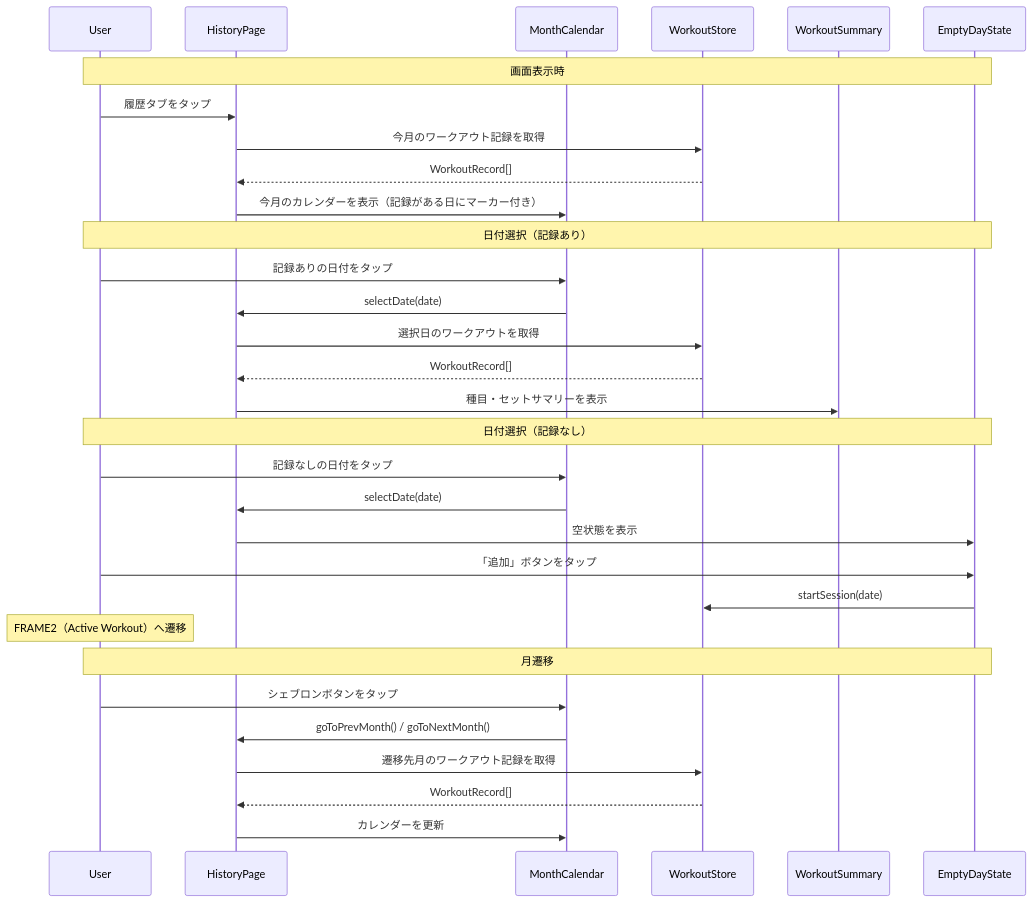
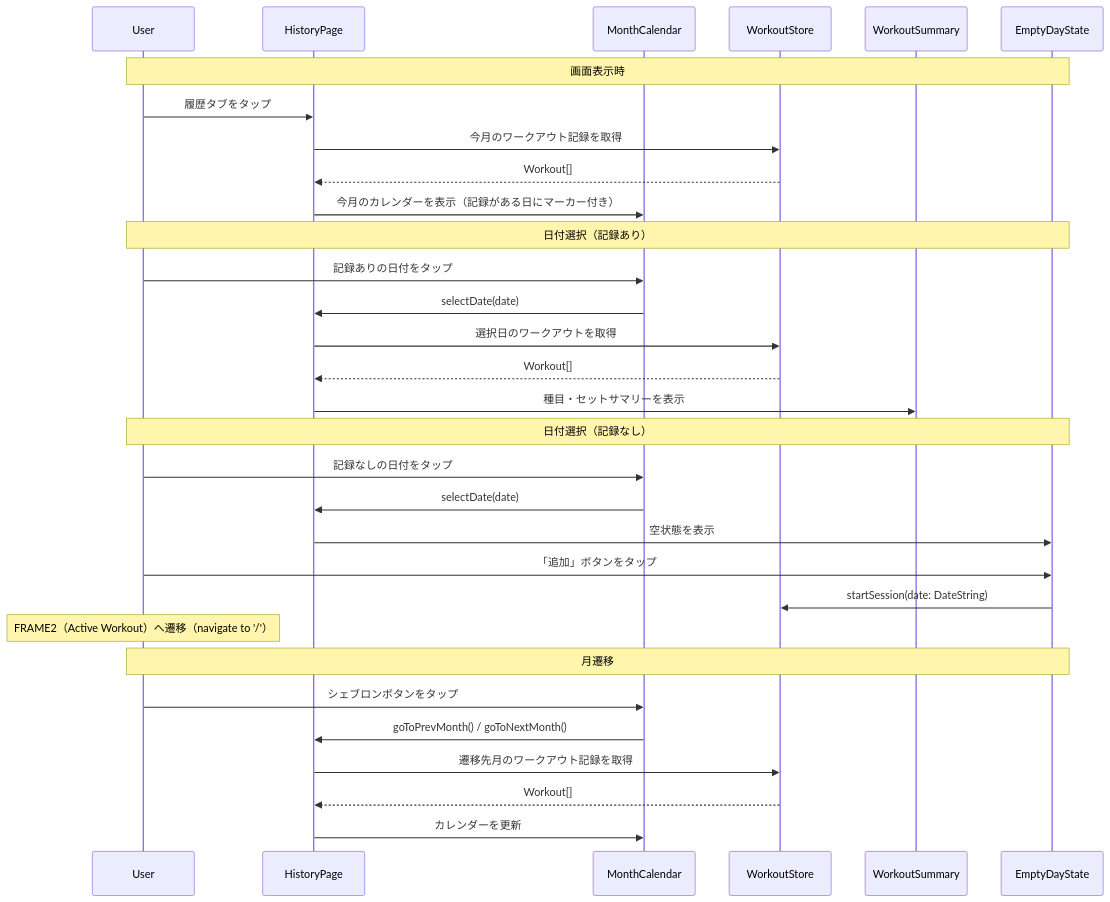
One commit to SakumaTakuya/gymini changed the diagram in .sdd/specification/history/index_spec.md. Above: the diagram before and after it, drawn with Mermaid. The commit also changed other lines of this file and 12 other files, not shown here.

````diff
--- a/.sdd/specification/history/index_spec.md
+++ b/.sdd/specification/history/index_spec.md
@@ -181,37 +180,37 @@
 ```mermaid
 sequenceDiagram
     participant User
     participant HistoryPage
     participant MonthCalendar
     participant WorkoutStore
     participant WorkoutSummary
     participant EmptyDayState
 
     Note over User,EmptyDayState: 画面表示時
     User->>HistoryPage: 履歴タブをタップ
     HistoryPage->>WorkoutStore: 今月のワークアウト記録を取得
-    WorkoutStore-->>HistoryPage: WorkoutRecord[]
+    WorkoutStore-->>HistoryPage: Workout[]
     HistoryPage->>MonthCalendar: 今月のカレンダーを表示（記録がある日にマーカー付き）
 
     Note over User,EmptyDayState: 日付選択（記録あり）
     User->>MonthCalendar: 記録ありの日付をタップ
     MonthCalendar->>HistoryPage: selectDate(date)
     HistoryPage->>WorkoutStore: 選択日のワークアウトを取得
-    WorkoutStore-->>HistoryPage: WorkoutRecord[]
+    WorkoutStore-->>HistoryPage: Workout[]
     HistoryPage->>WorkoutSummary: 種目・セットサマリーを表示
 
     Note over User,EmptyDayState: 日付選択（記録なし）
     User->>MonthCalendar: 記録なしの日付をタップ
     MonthCalendar->>HistoryPage: selectDate(date)
     HistoryPage->>EmptyDayState: 空状態を表示
     User->>EmptyDayState: 「追加」ボタンをタップ
-    EmptyDayState->>WorkoutStore: startSession(date)
-    Note over User: FRAME2（Active Workout）へ遷移
+    EmptyDayState->>WorkoutStore: startSession(date: DateString)
+    Note over User: FRAME2（Active Workout）へ遷移（navigate to '/'）
 
     Note over User,EmptyDayState: 月遷移
     User->>MonthCalendar: シェブロンボタンをタップ
     MonthCalendar->>HistoryPage: goToPrevMonth() / goToNextMonth()
     HistoryPage->>WorkoutStore: 遷移先月のワークアウト記録を取得
-    WorkoutStore-->>HistoryPage: WorkoutRecord[]
+    WorkoutStore-->>HistoryPage: Workout[]
     HistoryPage->>MonthCalendar: カレンダーを更新
 ```
````
